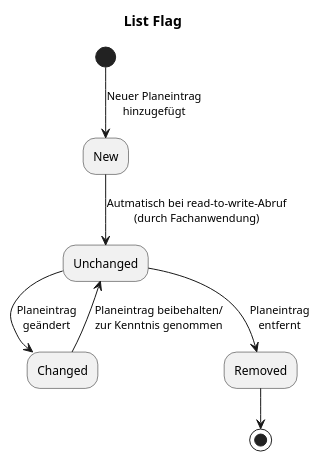
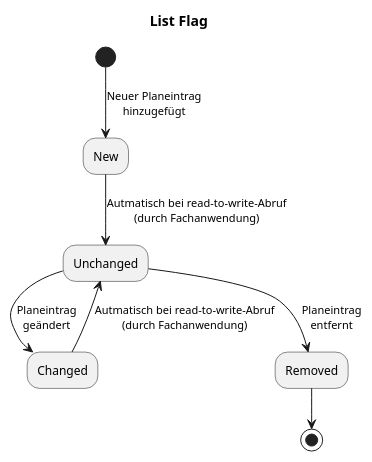
The diagram in input/images-source/stateDiagram_list_flag.plantuml (HL7Austria/ELGA-e-Medikation-R4), drawn with PlantUML before and after one commit. The commit also changed 6 other files, not shown here.

Commit message:
Update Sub_UC_06_03 - Medikationsplaneintrag in Medikationsplan hinzufügen + diagrams

```diff
--- a/input/images-source/stateDiagram_list_flag.plantuml
+++ b/input/images-source/stateDiagram_list_flag.plantuml
@@ -1,10 +1,10 @@
 @startuml
 title List Flag
 
 (*) -d-> [Neuer Planeintrag\nhinzugefügt] New
 New --> [Autmatisch bei read-to-write-Abruf\n(durch Fachanwendung)] Unchanged
-Changed --> [Planeintrag beibehalten/\nzur Kenntnis genommen] Unchanged
+Changed --> [Autmatisch bei read-to-write-Abruf\n(durch Fachanwendung)] Unchanged
 Unchanged --> [Planeintrag\ngeändert] Changed
 Unchanged -d-> [Planeintrag\nentfernt] Removed
 Removed  -d-> (*)
 @enduml
```
